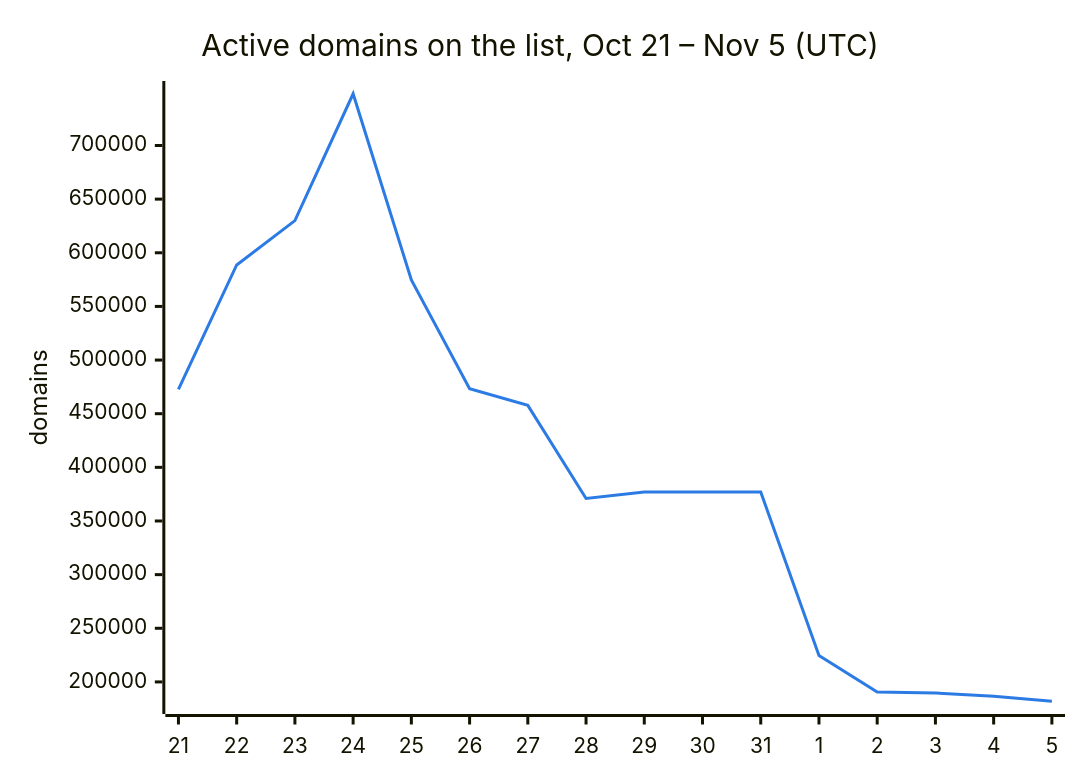
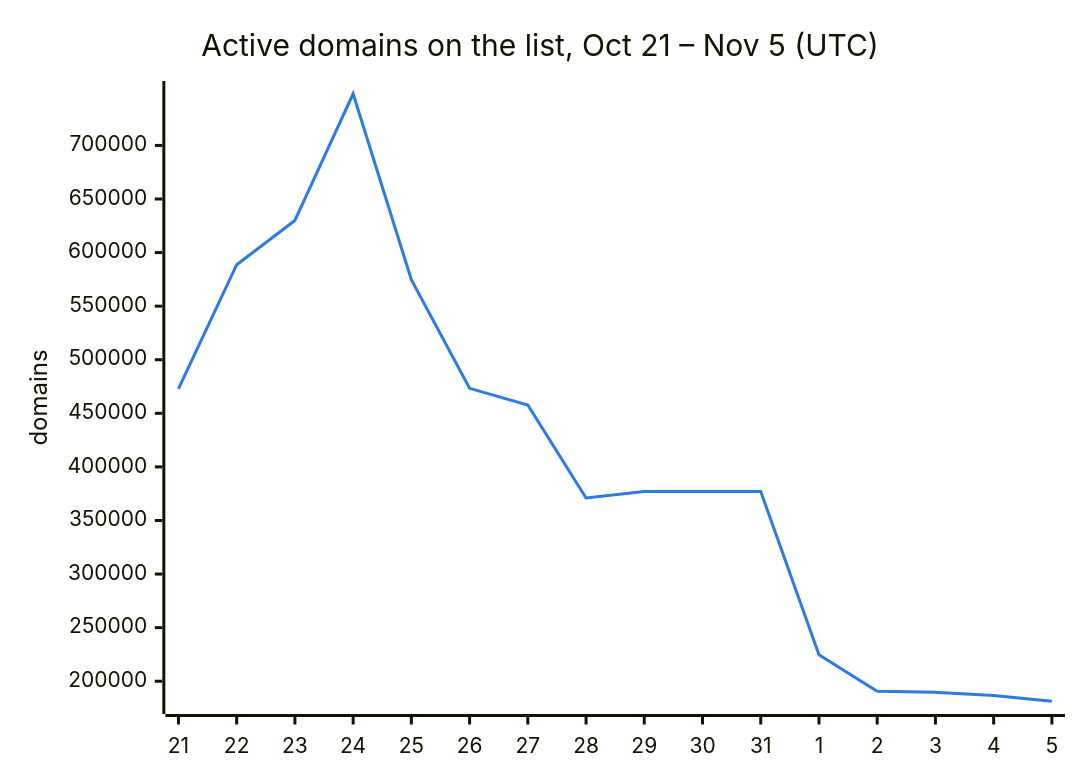
The second of 3 diagrams in README.md (DNSBunker/CTI), drawn with Mermaid before and after one commit. The commit also changed other lines of this file and 3 other files, not shown here.

````diff
--- a/README.md
+++ b/README.md
@@ -38,8 +38,8 @@
 ```mermaid
 %%{init: {"themeVariables": {"xyChart": {"plotColorPalette": "#2c7be5"}}}}%%
 xychart-beta
     title "Active domains on the list, Oct 21 – Nov 5 (UTC)"
     x-axis ["21", "22", "23", "24", "25", "26", "27", "28", "29", "30", "31", "1", "2", "3", "4", "5"]
     y-axis "domains"
-    line [472713, 588659, 629951, 748222, 574614, 473331, 457795, 371010, 376945, 376945, 376945, 224607, 190603, 189609, 186630, 181981]
+    line [472713, 588659, 629951, 748222, 574614, 473331, 457795, 371010, 376945, 376945, 376945, 224607, 190603, 189609, 186630, 181311]
 ```
````
